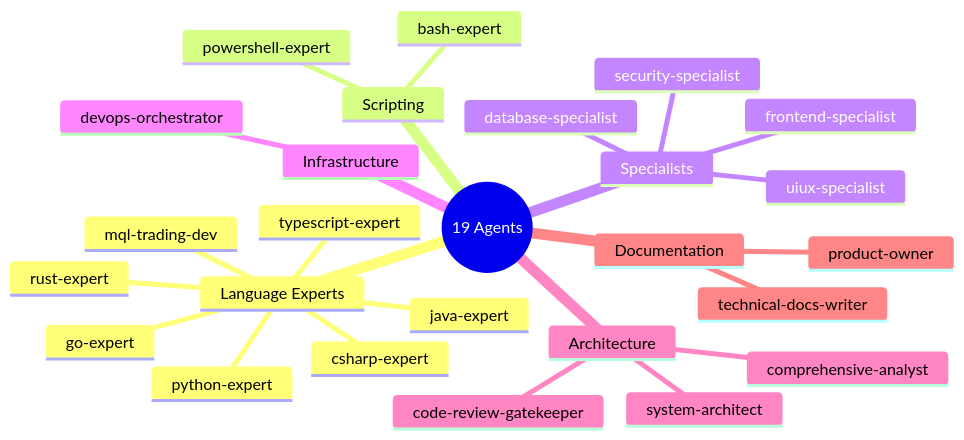
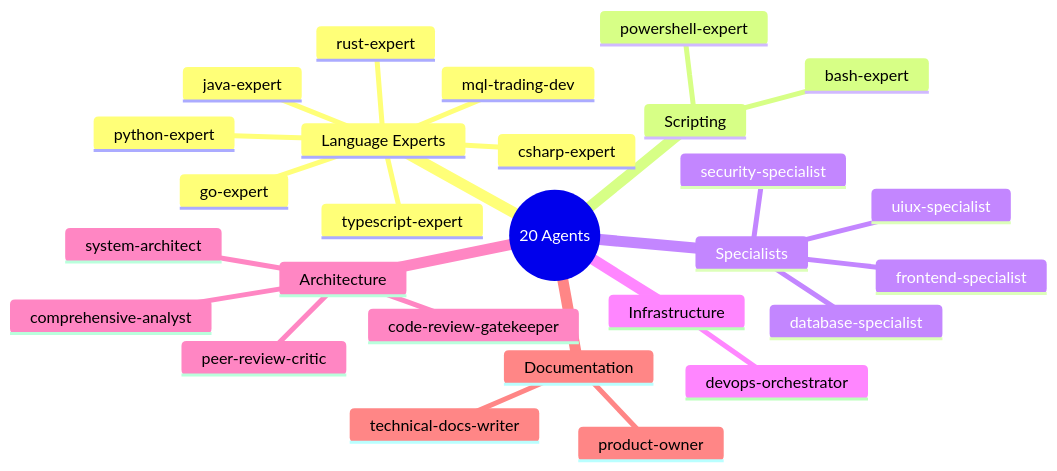
One commit to tomas-rampas/claude-agentic-framework changed the fourth of 4 diagrams in skills/workflow-visualizer.md. Above: the diagram before and after it, drawn with Mermaid. The commit also changed other lines of this file and 14 other files, not shown here.

First line of the commit message:
docs: document peer-review-critic agent + final-gate hook; sync agent count 19->20

````diff
--- a/skills/workflow-visualizer.md
+++ b/skills/workflow-visualizer.md
@@ -107,29 +107,30 @@
 ```mermaid
 mindmap
-  root((19 Agents))
+  root((20 Agents))
     Language Experts
       rust-expert
       csharp-expert
       go-expert
       java-expert
       python-expert
       typescript-expert
       mql-trading-dev
     Scripting
       bash-expert
       powershell-expert
     Specialists
       database-specialist
       frontend-specialist
       security-specialist
       uiux-specialist
     Infrastructure
       devops-orchestrator
     Architecture
       system-architect
       comprehensive-analyst
       code-review-gatekeeper
+      peer-review-critic
     Documentation
       technical-docs-writer
       product-owner
 ```
````
